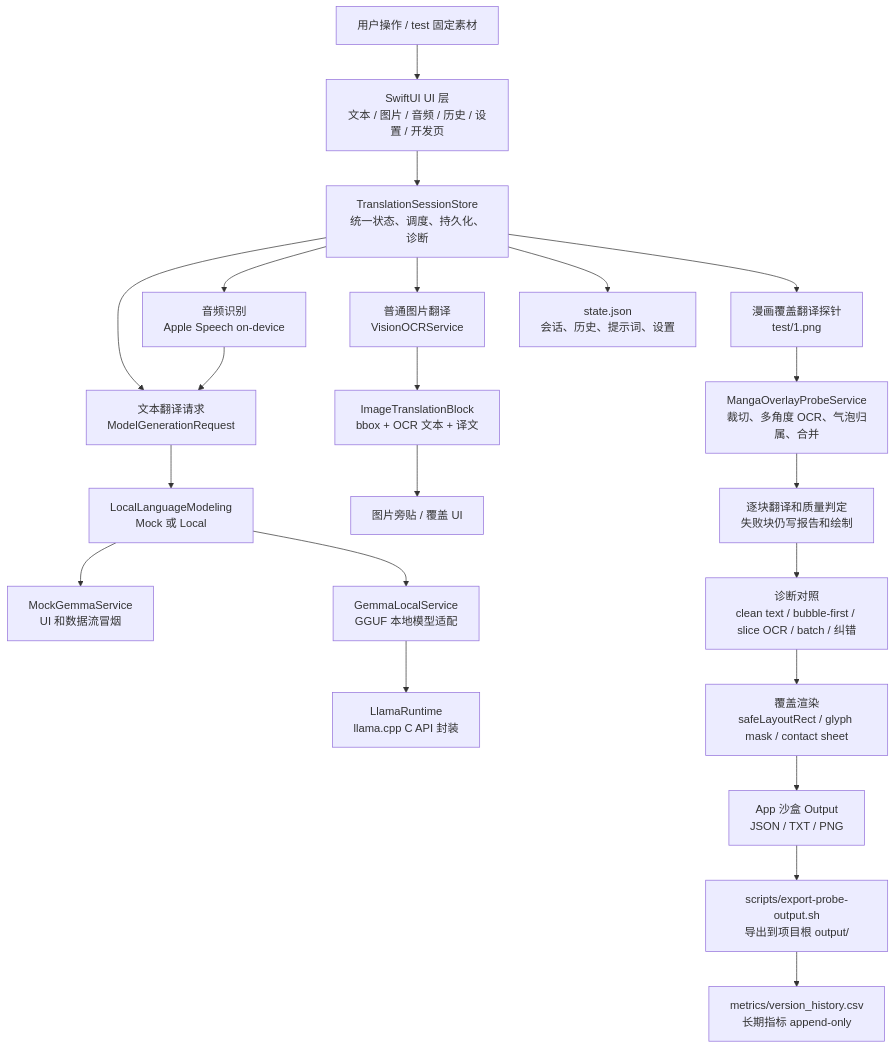
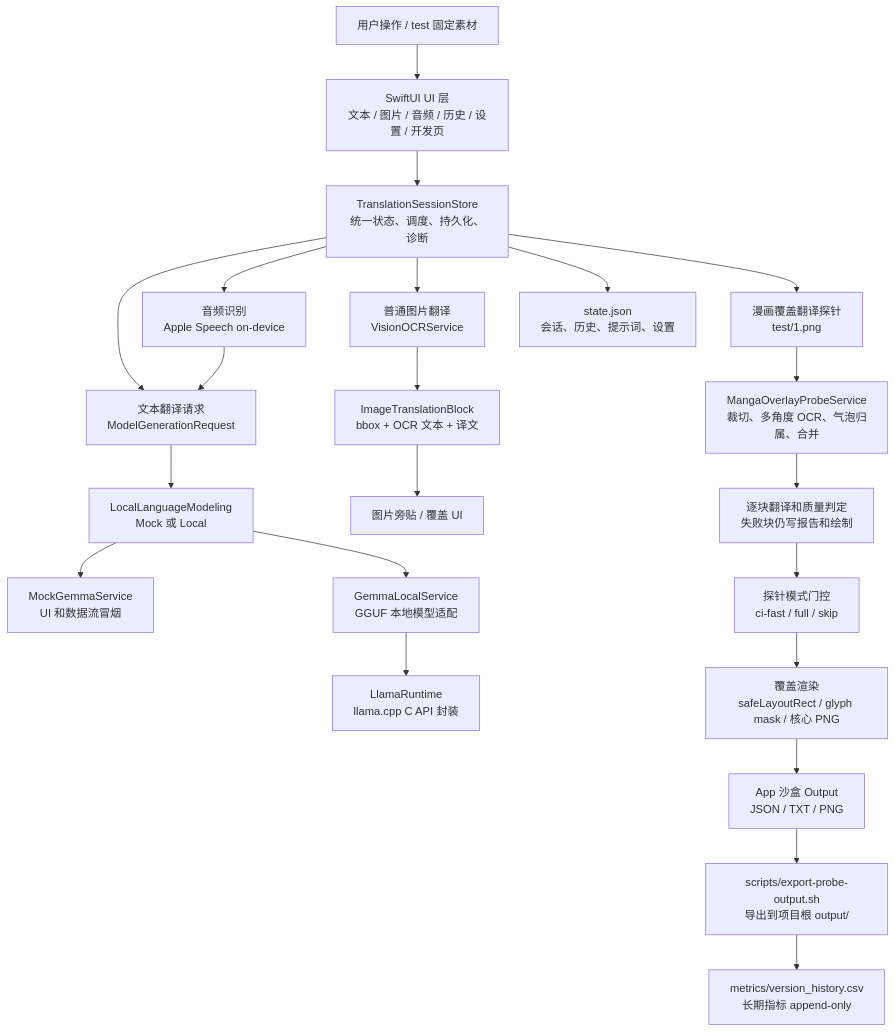
The first of 3 diagrams in md/flow/flowchart.md (bengzhu/project1_lgbt_naxida), drawn with Mermaid before and after one commit. The commit also changed other lines of this file and 9 other files, not shown here.

````diff
--- a/md/flow/flowchart.md
+++ b/md/flow/flowchart.md
@@ -7,37 +7,37 @@
 ```mermaid
 flowchart TD
   %% 用户入口：文本、图片、音频、开发页探针
   A["用户操作 / test 固定素材"] --> B["SwiftUI UI 层<br/>文本 / 图片 / 音频 / 历史 / 设置 / 开发页"]
 
   %% 状态中心：所有业务动作统一进入 store
   B --> C["TranslationSessionStore<br/>统一状态、调度、持久化、诊断"]
 
   %% 文本翻译分支：普通用户输入
   C --> D["文本翻译请求<br/>ModelGenerationRequest"]
   D --> E["LocalLanguageModeling<br/>Mock 或 Local"]
   E --> F["MockGemmaService<br/>UI 和数据流冒烟"]
   E --> G["GemmaLocalService<br/>GGUF 本地模型适配"]
   G --> H["LlamaRuntime<br/>llama.cpp C API 封装"]
 
   %% 图片 OCR 分支：普通图片翻译
   C --> I["普通图片翻译<br/>VisionOCRService"]
   I --> J["ImageTranslationBlock<br/>bbox + OCR 文本 + 译文"]
   J --> K["图片旁贴 / 覆盖 UI"]
 
   %% 音频分支：Apple 本机语音识别
   C --> L["音频识别<br/>Apple Speech on-device"]
   L --> D
 
   %% 漫画探针分支：固定 test/1.png
   C --> M["漫画覆盖翻译探针<br/>test/1.png"]
   M --> N["MangaOverlayProbeService<br/>裁切、多角度 OCR、气泡归属、合并"]
   N --> O["逐块翻译和质量判定<br/>失败块仍写报告和绘制"]
-  O --> P["诊断对照<br/>clean text / bubble-first / slice OCR / batch / 纠错"]
-  P --> Q["覆盖渲染<br/>safeLayoutRect / glyph mask / contact sheet"]
+  O --> P["探针模式门控<br/>ci-fast / full / skip"]
+  P --> Q["覆盖渲染<br/>safeLayoutRect / glyph mask / 核心 PNG"]
 
   %% 输出：持久化和调试产物
   C --> R["state.json<br/>会话、历史、提示词、设置"]
   Q --> S["App 沙盒 Output<br/>JSON / TXT / PNG"]
   S --> T["scripts/export-probe-output.sh<br/>导出到项目根 output/"]
   T --> U["metrics/version_history.csv<br/>长期指标 append-only"]
 ```
````
